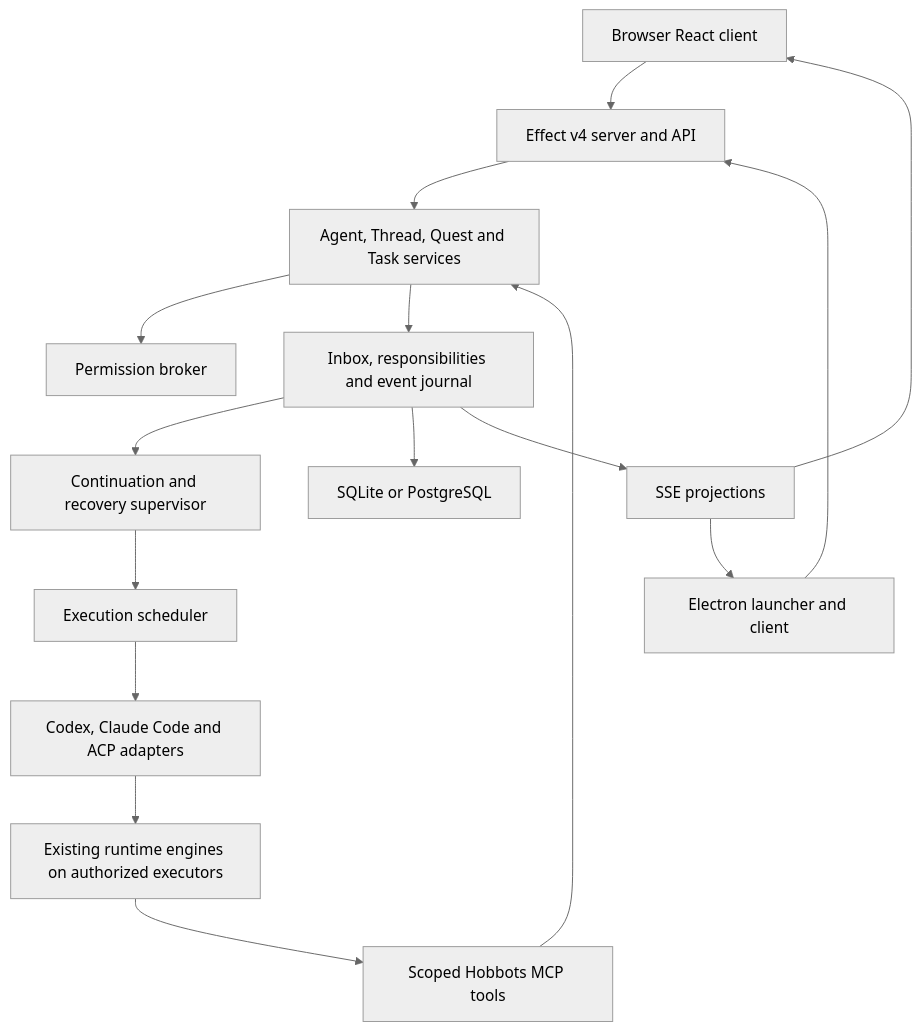
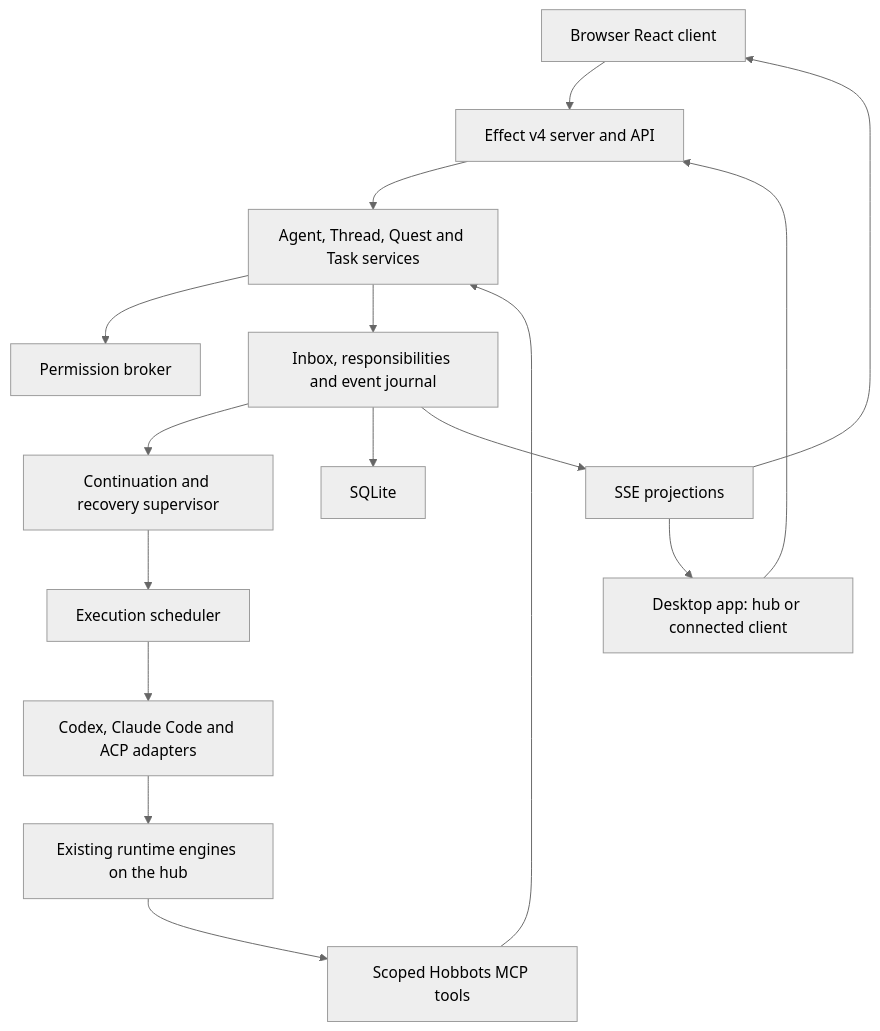
One commit to otaviobarros/hobbots changed the diagram in docs/architecture/overview.md. Above: the diagram before and after it, drawn with Mermaid (neutral theme). The commit also changed other lines of this file and 9 other files, not shown here.

First line of the commit message:
docs(decisions): adopt the desktop hub model

````diff
--- a/docs/architecture/overview.md
+++ b/docs/architecture/overview.md
@@ -5,18 +5,18 @@
 ```mermaid
 flowchart TB
   Browser[Browser React client] --> API[Effect v4 server and API]
-  Electron[Electron launcher and client] --> API
+  Electron[Desktop app: hub or connected client] --> API
   API --> Domain[Agent, Thread, Quest and Task services]
   Domain --> Policy[Permission broker]
   Domain --> Durable[Inbox, responsibilities and event journal]
   Durable --> Supervisor[Continuation and recovery supervisor]
   Supervisor --> Scheduler[Execution scheduler]
   Scheduler --> Adapter[Codex, Claude Code and ACP adapters]
-  Adapter --> Engines[Existing runtime engines on authorized executors]
+  Adapter --> Engines[Existing runtime engines on the hub]
   Engines --> MCP[Scoped Hobbots MCP tools]
   MCP --> Domain
-  Durable --> SQL[SQLite or PostgreSQL]
+  Durable --> SQL[SQLite]
   Durable --> Events[SSE projections]
   Events --> Browser
   Events --> Electron
 ```
````
